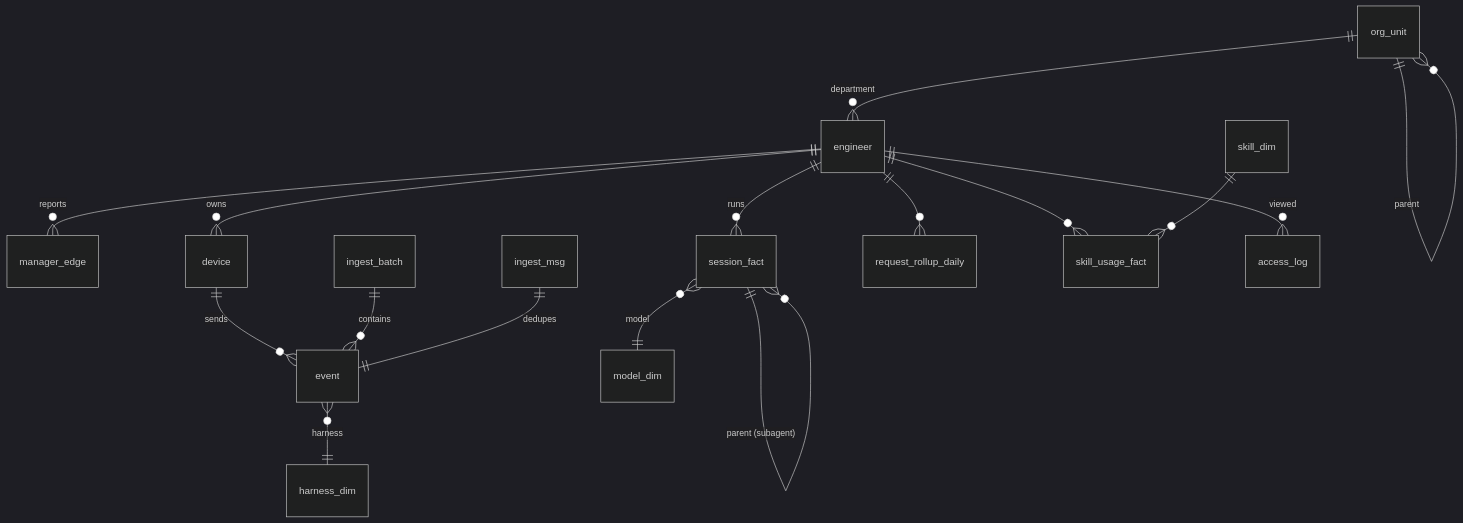
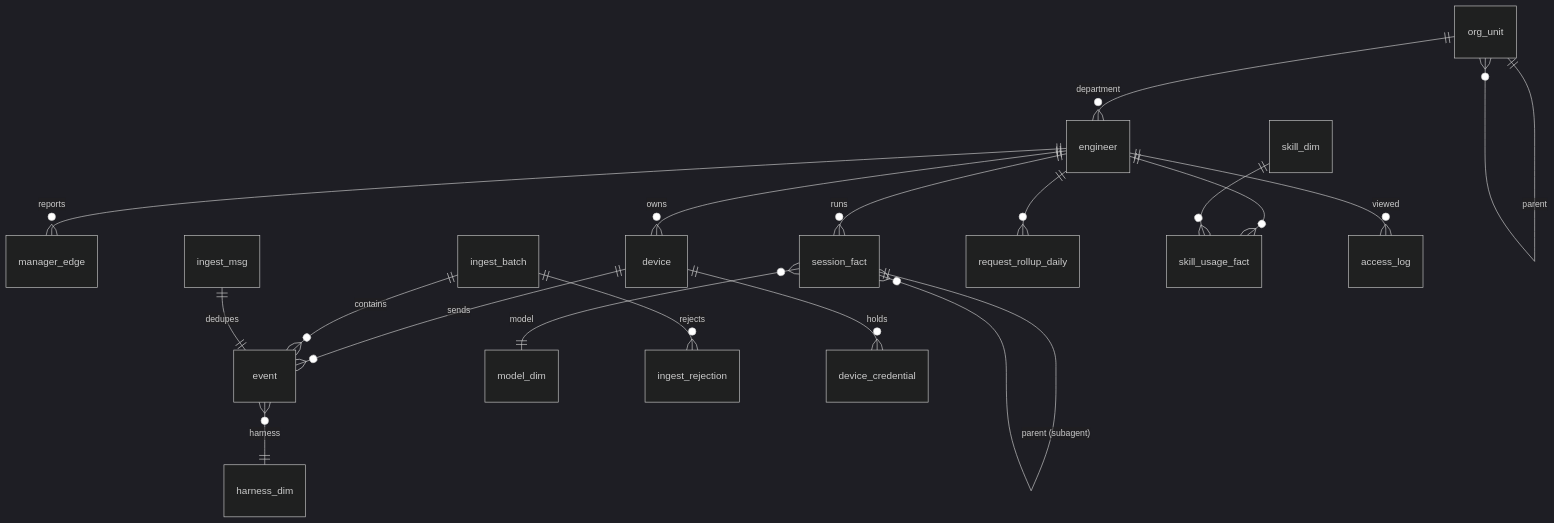
One commit to Generative-AI-at-Berkeley/freshworks changed the diagram in docs/data-model.md. Above: the diagram before and after it, drawn with Mermaid (dark theme). The commit also changed other lines of this file and 2 other files, not shown here.

````diff
--- a/docs/data-model.md
+++ b/docs/data-model.md
@@ -8,18 +9,20 @@
 ```mermaid
 erDiagram
   org_unit ||--o{ org_unit : parent
   org_unit ||--o{ engineer : department
   engineer ||--o{ manager_edge : reports
   engineer ||--o{ device : owns
   device ||--o{ event : sends
   ingest_batch ||--o{ event : contains
   ingest_msg ||--|| event : dedupes
   event }o--|| harness_dim : harness
   engineer ||--o{ session_fact : runs
   session_fact ||--o{ session_fact : "parent (subagent)"
   session_fact }o--|| model_dim : model
   engineer ||--o{ request_rollup_daily : ""
   engineer ||--o{ skill_usage_fact : ""
   skill_dim ||--o{ skill_usage_fact : ""
   engineer ||--o{ access_log : "viewed"
+  ingest_batch ||--o{ ingest_rejection : rejects
+  device ||--o{ device_credential : holds
 ```
````
